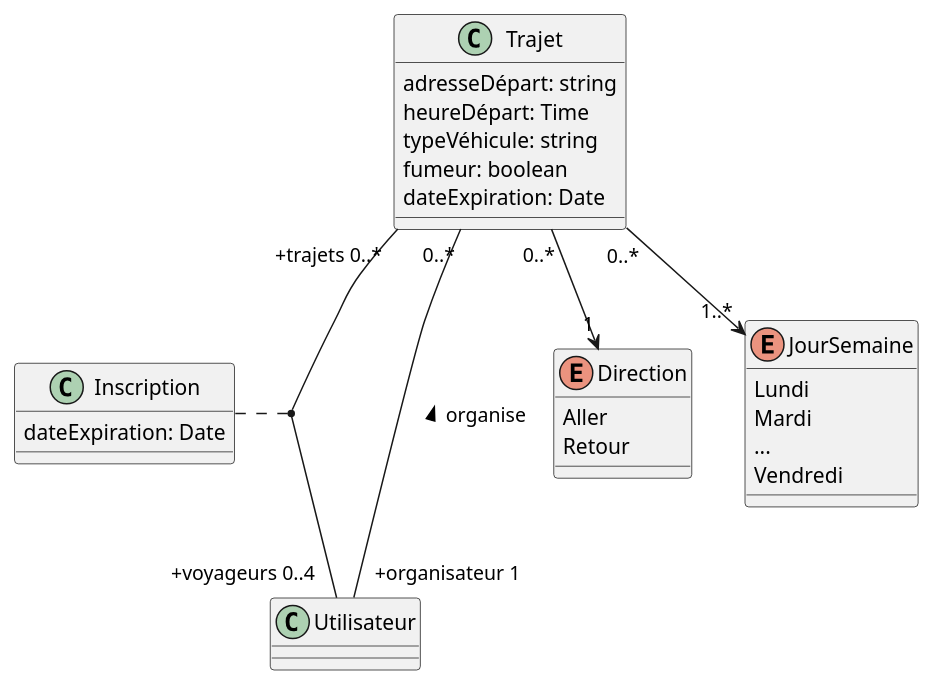
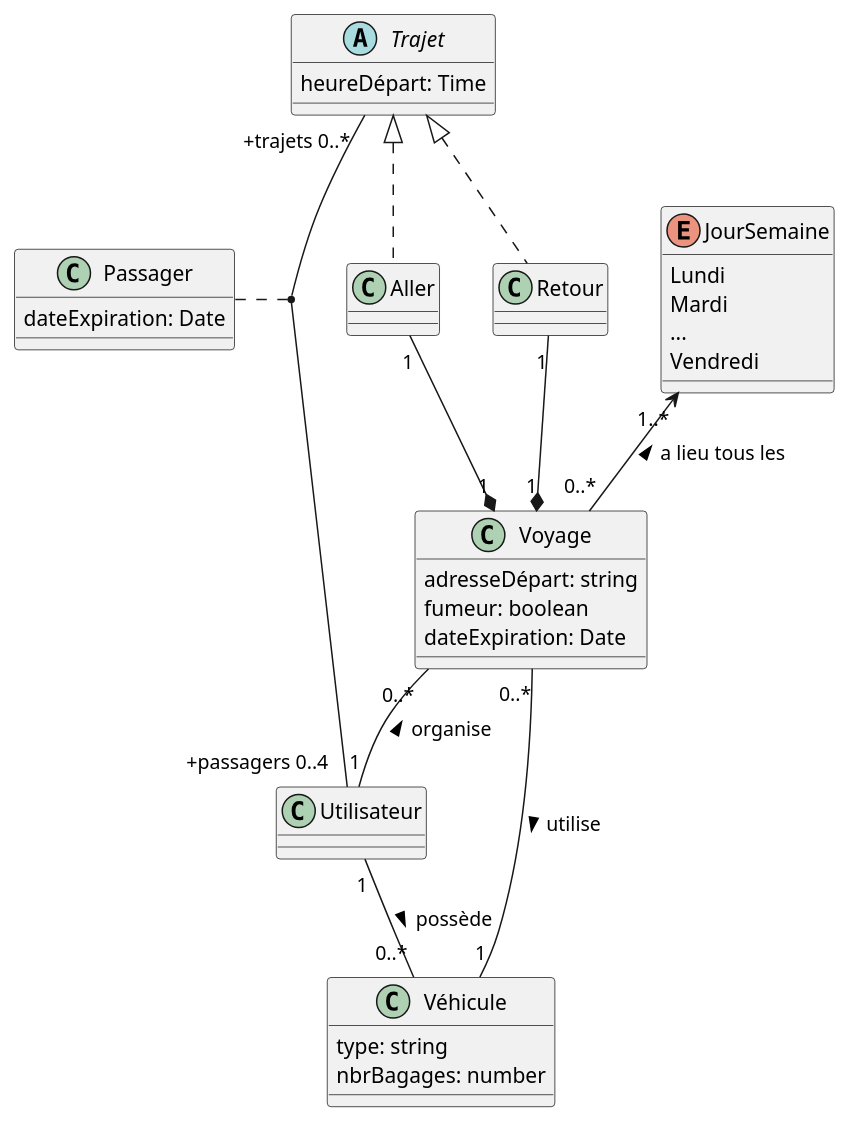
The diagram in class_diagrams/11_covoiturage.puml (sebcourtois/cda-exos-uml-diagrams), drawn with PlantUML before and after one commit. The commit also changed other lines of this file, not shown here.

Commit message:
11_covoiturage: ajout de classes Voyage, Aller et Retour

```diff
--- a/class_diagrams/11_covoiturage.puml
+++ b/class_diagrams/11_covoiturage.puml
@@ -25,32 +29,44 @@
 @startuml
 
 class Utilisateur
-class Trajet {
-    adresseDépart: string
+class Véhicule {
+    type: string
+    nbrBagages: number
+}
+
+abstract class Trajet {
     heureDépart: Time
-    typeVéhicule: string
-    fumeur: boolean
-    dateExpiration: Date
 }
-enum Direction {
-    Aller
-    Retour
-}
-class Inscription {
+
+class Aller
+class Retour
+
+class Passager {
     dateExpiration: Date
 }
 enum JourSemaine {
     Lundi
     Mardi
     ...
     Vendredi
 }
+class Voyage {
+    adresseDépart: string
+    fumeur: boolean
+    dateExpiration: Date
+}
 
+Trajet <|.. Aller
+Trajet <|.. Retour
 
-Trajet "0..*" -- "+organisateur 1" Utilisateur: organise <
-Trajet "0..*" --> "1" Direction
-Trajet "0..*" --> "1..*" JourSemaine
-Trajet "+trajets 0..*" -- "+voyageurs 0..4" Utilisateur
-Inscription . (Utilisateur,Trajet)
+JourSemaine "1..*" <-- "0..*" Voyage: a lieu tous les <
+Voyage "0..*" -- "1" Véhicule: utilise >
+Voyage "0..*" -- "1" Utilisateur: organise <
+Aller "1" --* "1" Voyage
+Retour "1" --* "1" Voyage
+
+Utilisateur "1" -- "0..*" Véhicule: possède >
+Trajet "+trajets 0..*" -- "+passagers 0..4" Utilisateur
+Passager . (Trajet, Utilisateur)
 
 @enduml
```
